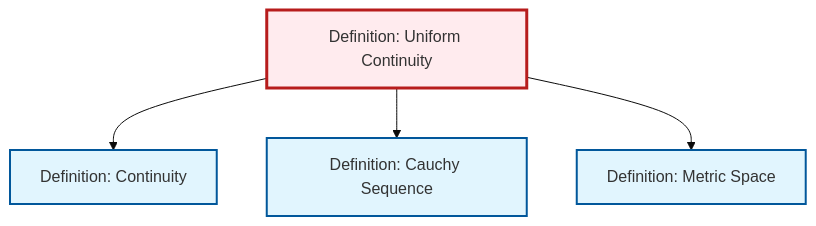
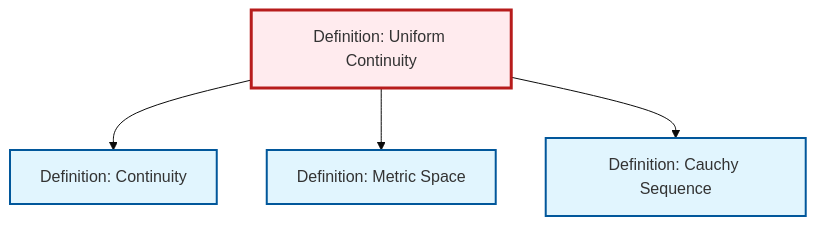
The diagram in output/mermaid/def-uniform-continuity.mermaid (RK0429/ModernMath), drawn with Mermaid (base theme) before and after one commit. The commit also changed other lines of this file and 1914 other files, not shown here.

```diff
--- a/output/mermaid/def-uniform-continuity.mermaid
+++ b/output/mermaid/def-uniform-continuity.mermaid
@@ -1,15 +1,15 @@
 %%| fig-cap: "Local dependency graph"
 graph TD
     classDef definition fill:#e1f5fe,stroke:#01579b,stroke-width:2px
     classDef theorem fill:#f3e5f5,stroke:#4a148c,stroke-width:2px
     classDef axiom fill:#fff3e0,stroke:#e65100,stroke-width:2px
     classDef example fill:#e8f5e9,stroke:#1b5e20,stroke-width:2px
     classDef current fill:#ffebee,stroke:#b71c1c,stroke-width:3px
     def-metric-space["Definition: Metric Space"]:::definition
     def-uniform-continuity["Definition: Uniform Continuity"]:::definition
+    def-cauchy-sequence["Definition: Cauchy Sequence"]:::definition
     def-continuity["Definition: Continuity"]:::definition
-    def-cauchy-sequence["Definition: Cauchy Sequence"]:::definition
     def-uniform-continuity --> def-continuity
+    def-uniform-continuity --> def-metric-space
     def-uniform-continuity --> def-cauchy-sequence
-    def-uniform-continuity --> def-metric-space
     class def-uniform-continuity current
```
